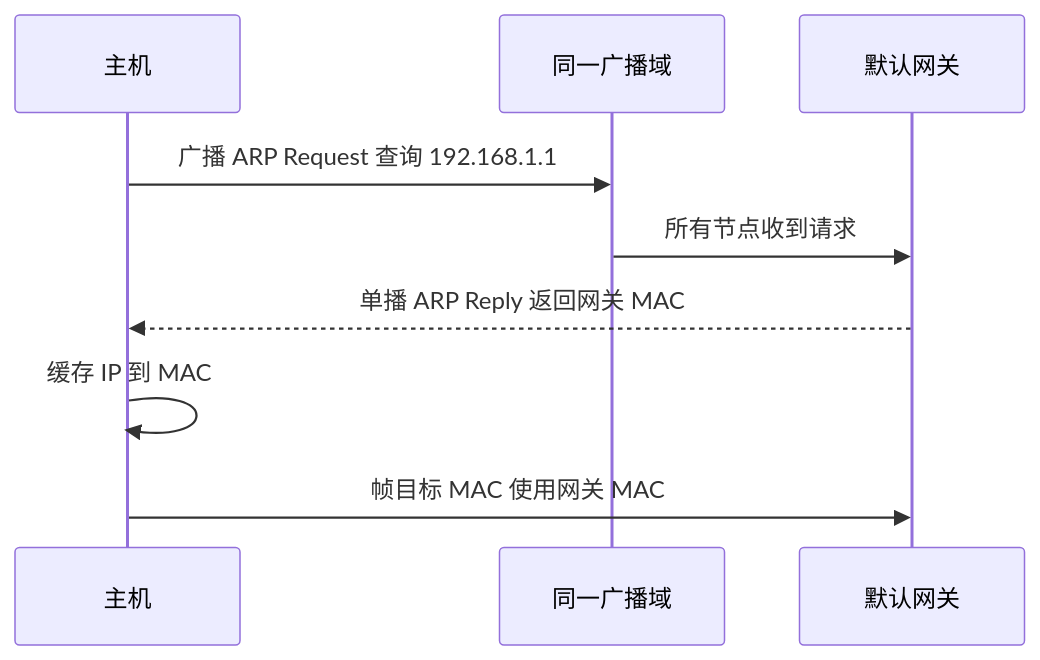
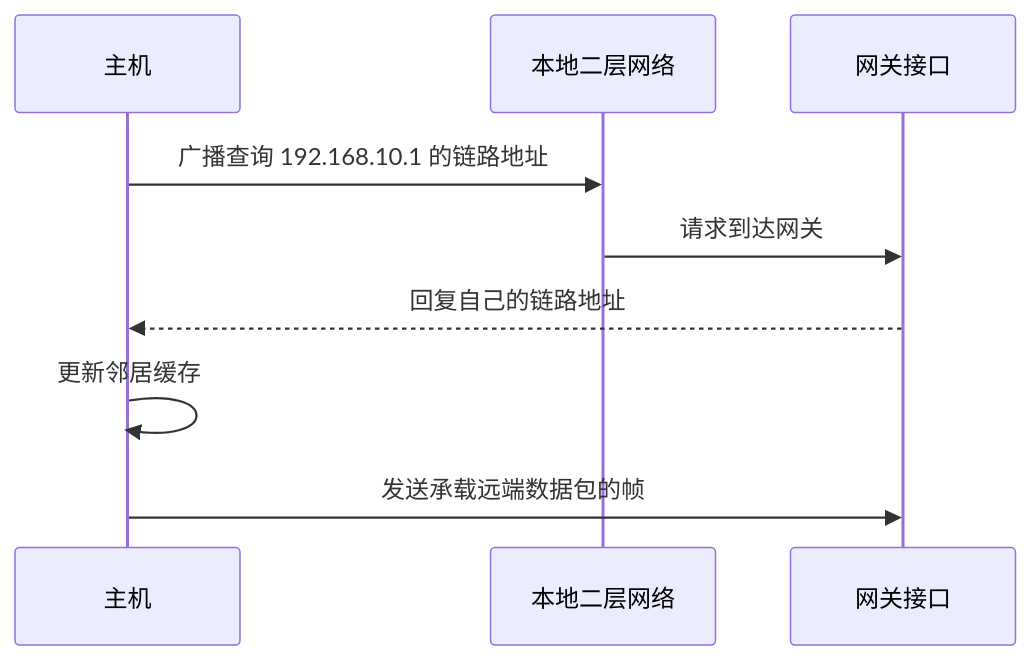
The fourth of 4 diagrams in 05_interview/fundamentals/cs-core/computer-network/01-layers-link/index.md (ranxi2001/zero2Leetcode), drawn with Mermaid before and after one commit. The commit also changed other lines of this file and 38 other files, not shown here.

````diff
--- a/05_interview/fundamentals/cs-core/computer-network/01-layers-link/index.md
+++ b/05_interview/fundamentals/cs-core/computer-network/01-layers-link/index.md
@@ -113,11 +134,11 @@
 ```mermaid
 sequenceDiagram
     participant H as 主机
-    participant LAN as 同一广播域
-    participant G as 默认网关
-    H->>LAN: 广播 ARP Request 查询 192.168.1.1
-    LAN->>G: 所有节点收到请求
-    G-->>H: 单播 ARP Reply 返回网关 MAC
-    H->>H: 缓存 IP 到 MAC
-    H->>G: 帧目标 MAC 使用网关 MAC
+    participant L as 本地二层网络
+    participant G as 网关接口
+    H->>L: 广播查询 192.168.10.1 的链路地址
+    L->>G: 请求到达网关
+    G-->>H: 回复自己的链路地址
+    H->>H: 更新邻居缓存
+    H->>G: 发送承载远端数据包的帧
 ```
````
